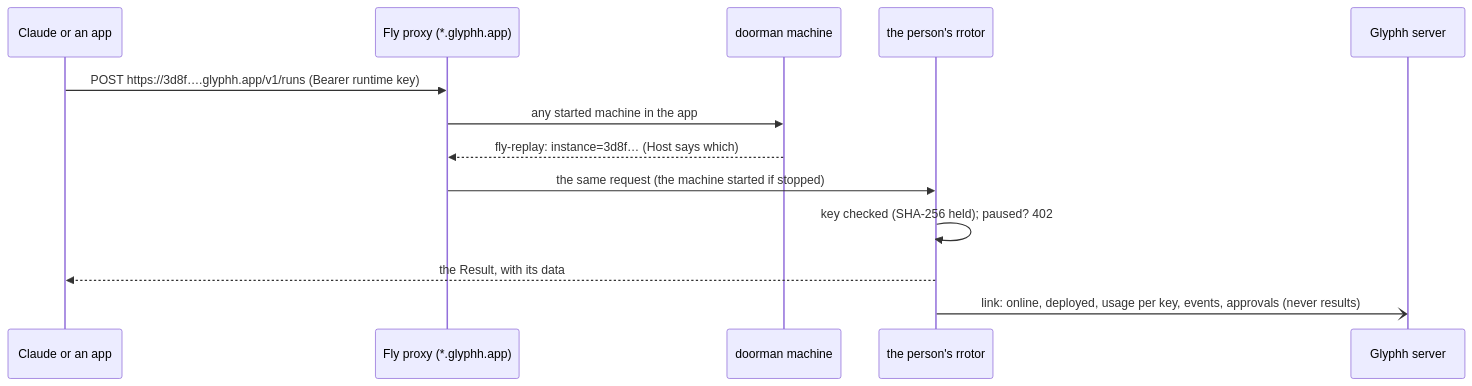
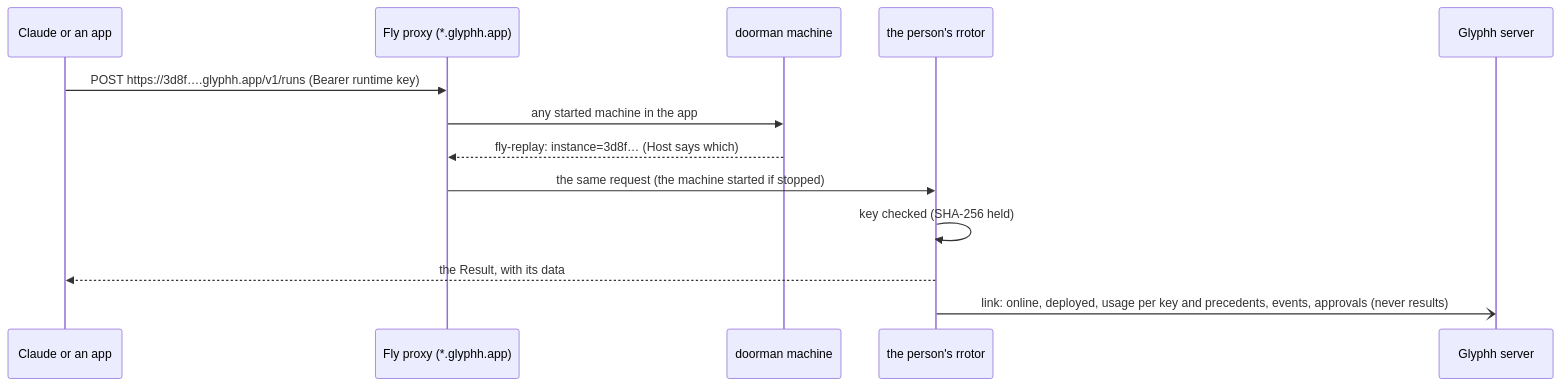
One commit to glyphh-ai/server changed the second of 3 diagrams in docs/architecture.md. Above: the diagram before and after it, drawn with Mermaid. The commit also changed other lines of this file and 5 other files, not shown here.

First line of the commit message:
Docs: plans by managed precedents and hosting, Fly's rates and the meter, the usage, Enterprise by grant, the Stripe setup; seats, add-ons and hours gone

````diff
--- a/docs/architecture.md
+++ b/docs/architecture.md
@@ -204,15 +205,15 @@
 ```mermaid
 sequenceDiagram
     participant C as Claude or an app
     participant F as Fly proxy (*.glyphh.app)
     participant D as doorman machine
     participant R as the person's rrotor
     participant G as Glyphh server
     C->>F: POST https://3d8f….glyphh.app/v1/runs (Bearer runtime key)
     F->>D: any started machine in the app
     D-->>F: fly-replay#58; instance=3d8f… (Host says which)
     F->>R: the same request (the machine started if stopped)
-    R->>R: key checked (SHA-256 held)#59; paused? 402
+    R->>R: key checked (SHA-256 held)
     R-->>C: the Result, with its data
-    R-)G: link#58; online, deployed, usage per key, events, approvals (never results)
+    R-)G: link#58; online, deployed, usage per key and precedents, events, approvals (never results)
 ```
````
